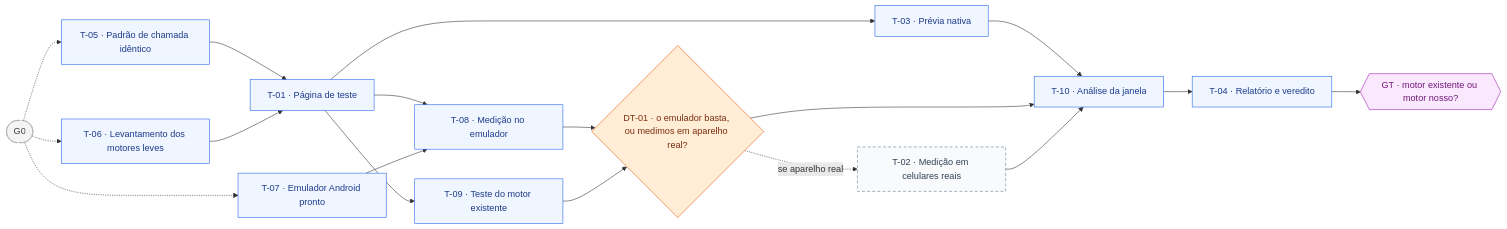
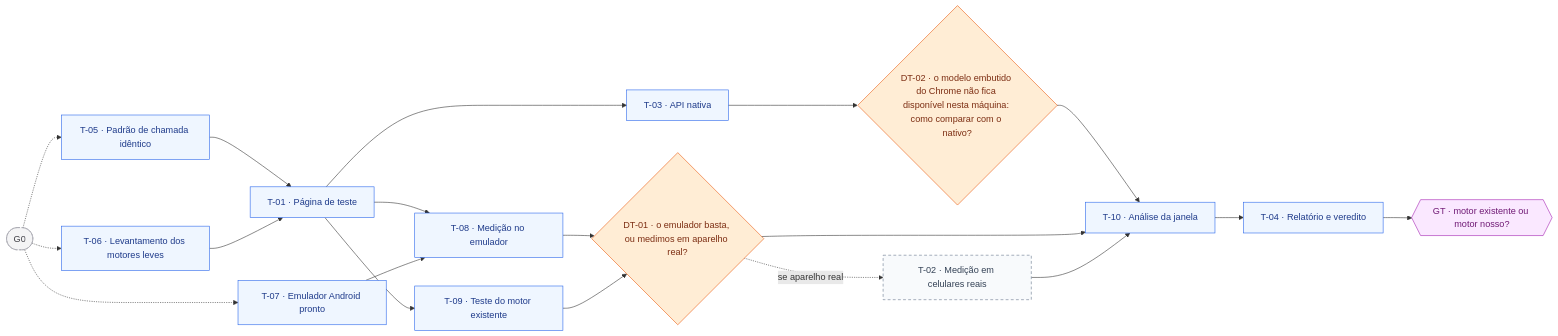
The third of 9 diagrams in ROADMAP.md (frederico-kluser/som-webcore), drawn with Mermaid before and after one commit. The commit also changed other lines of this file and 5 other files, not shown here.

First line of the commit message:
docs(roadmap): ambiente verificado e ajustes pelos achados (#8)

````diff
--- a/ROADMAP.md
+++ b/ROADMAP.md
@@ -294,41 +327,43 @@
 ```mermaid
 flowchart LR
     G0(["G0"]):::ext
     T05["T-05 · Padrão de chamada idêntico"]:::todo
     T06["T-06 · Levantamento dos motores leves"]:::todo
     T07["T-07 · Emulador Android pronto"]:::todo
     T01["T-01 · Página de teste"]:::todo
     T08["T-08 · Medição no emulador"]:::todo
     T09["T-09 · Teste do motor existente"]:::todo
-    T03["T-03 · Prévia nativa"]:::todo
+    T03["T-03 · API nativa"]:::todo
     DT01{"DT-01 · o emulador basta, ou medimos em aparelho real?"}:::fork
+    DT02{"DT-02 · o modelo embutido do Chrome não fica disponível nesta máquina: como comparar com o nativo?"}:::fork
     T02["T-02 · Medição em celulares reais"]:::opt
     T10["T-10 · Análise da janela"]:::todo
     T04["T-04 · Relatório e veredito"]:::todo
     GT{{"GT · motor existente ou motor nosso?"}}:::gate
     G0 -.-> T05
     G0 -.-> T06
     G0 -.-> T07
     T05 --> T01
     T06 --> T01
     T01 --> T08
     T07 --> T08
     T01 --> T09
     T01 --> T03
     T08 --> DT01
     T09 --> DT01
+    T03 --> DT02
     DT01 -.->|"se aparelho real"| T02
-    T03 --> T10
+    DT02 --> T10
     DT01 --> T10
     T02 --> T10
     T10 --> T04
     T04 --> GT
     classDef done fill:#dcfce7,stroke:#16a34a,color:#14532d;
     classDef doing fill:#fef9c3,stroke:#ca8a04,color:#713f12;
     classDef todo fill:#eff6ff,stroke:#2563eb,color:#1e3a8a;
     classDef gate fill:#fae8ff,stroke:#a21caf,color:#701a75;
     classDef fork fill:#ffedd5,stroke:#ea580c,color:#7c2d12;
     classDef opt fill:#f8fafc,stroke:#64748b,color:#334155,stroke-dasharray: 5 4;
     classDef off fill:#f4f4f5,stroke:#d4d4d8,color:#a1a1aa;
     classDef ext fill:#f4f4f5,stroke:#a1a1aa,color:#3f3f46,stroke-dasharray: 4 3;
 ```
````
